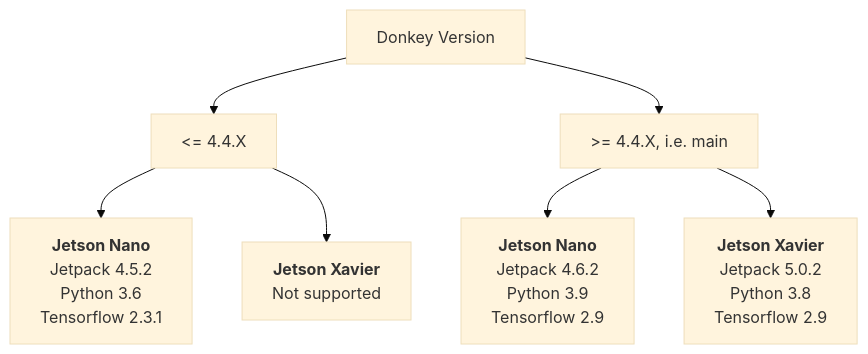
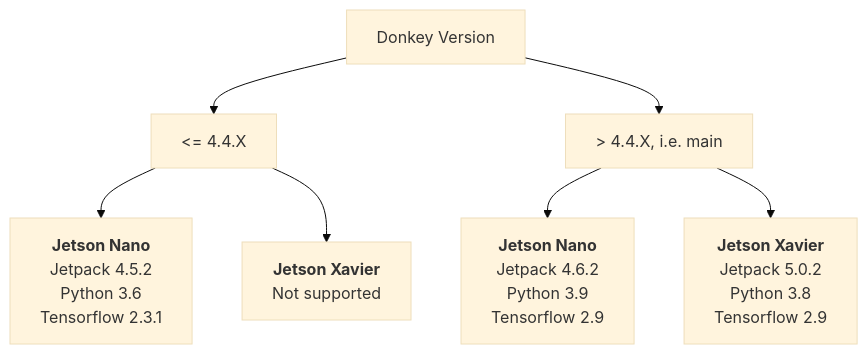
Before and after one commit to autorope/donkeydocs: the diagram in docs/guide/robot_sbc/setup_jetson_nano.md, drawn with Mermaid (base theme). The commit also changed other lines of this file, not shown here.

````diff
--- a/docs/guide/robot_sbc/setup_jetson_nano.md
+++ b/docs/guide/robot_sbc/setup_jetson_nano.md
@@ -29,9 +29,9 @@
 ``` mermaid
 graph TD;
     A[Donkey Version]-->B[<= 4.4.X];
-    A[Donkey Version]-->C[>= 4.4.X, i.e. main]
+    A[Donkey Version]-->C[> 4.4.X, i.e. main]
     B-->D[<b>Jetson Nano</b> <br> Jetpack 4.5.2 <br> Python 3.6 <br> Tensorflow 2.3.1];
     B-->E[<b>Jetson Xavier</b> <br> Not supported];
     C-->F[<b>Jetson Nano</b> <br> Jetpack 4.6.2 <br> Python 3.9 <br> Tensorflow 2.9]
     C-->G[<b>Jetson Xavier</b> <br> Jetpack 5.0.2 <br> Python 3.8 <br> Tensorflow 2.9]
 ```
````
